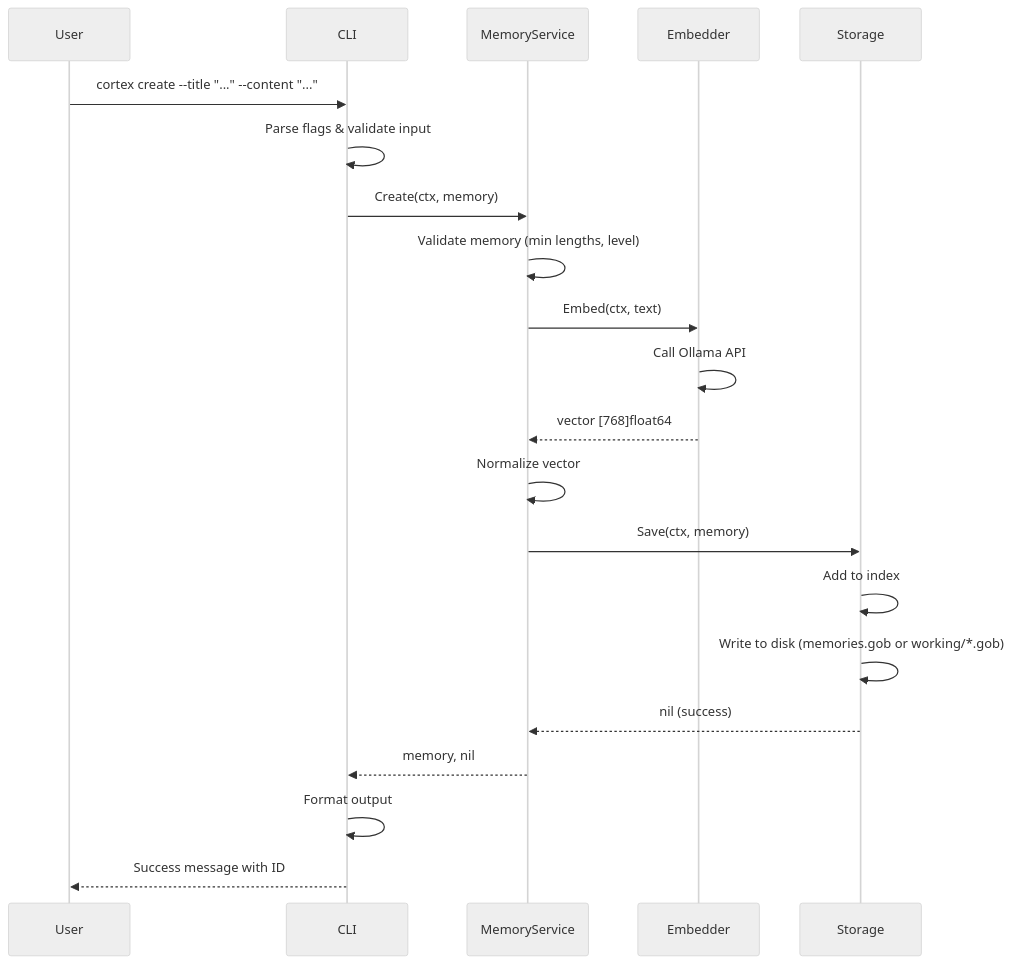
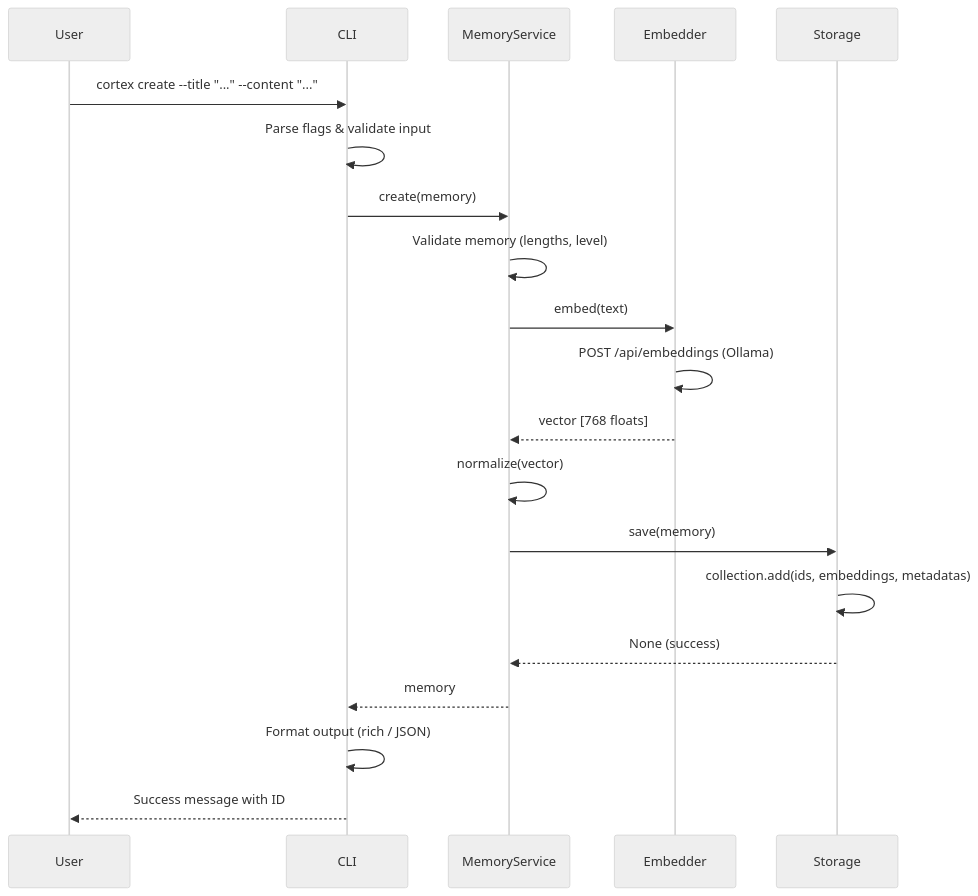
One commit to fmatsos/cortex changed the fifth of 8 diagrams in .agents/instructions/overview.md. Above: the diagram before and after it, drawn with Mermaid (neutral theme). The commit also changed other lines of this file and 193 other files, not shown here.

````diff
--- a/.agents/instructions/overview.md
+++ b/.agents/instructions/overview.md
@@ -391,24 +314,23 @@
 ```mermaid
 sequenceDiagram
     participant User
     participant CLI
     participant MemoryService
     participant Embedder
     participant Storage
 
     User->>CLI: cortex create --title "..." --content "..."
     CLI->>CLI: Parse flags & validate input
-    CLI->>MemoryService: Create(ctx, memory)
-    MemoryService->>MemoryService: Validate memory (min lengths, level)
-    MemoryService->>Embedder: Embed(ctx, text)
-    Embedder->>Embedder: Call Ollama API
-    Embedder-->>MemoryService: vector [768]float64
-    MemoryService->>MemoryService: Normalize vector
-    MemoryService->>Storage: Save(ctx, memory)
-    Storage->>Storage: Add to index
-    Storage->>Storage: Write to disk (memories.gob or working/*.gob)
-    Storage-->>MemoryService: nil (success)
-    MemoryService-->>CLI: memory, nil
-    CLI->>CLI: Format output
+    CLI->>MemoryService: create(memory)
+    MemoryService->>MemoryService: Validate memory (lengths, level)
+    MemoryService->>Embedder: embed(text)
+    Embedder->>Embedder: POST /api/embeddings (Ollama)
+    Embedder-->>MemoryService: vector [768 floats]
+    MemoryService->>MemoryService: normalize(vector)
+    MemoryService->>Storage: save(memory)
+    Storage->>Storage: collection.add(ids, embeddings, metadatas)
+    Storage-->>MemoryService: None (success)
+    MemoryService-->>CLI: memory
+    CLI->>CLI: Format output (rich / JSON)
     CLI-->>User: Success message with ID
 ```
````
